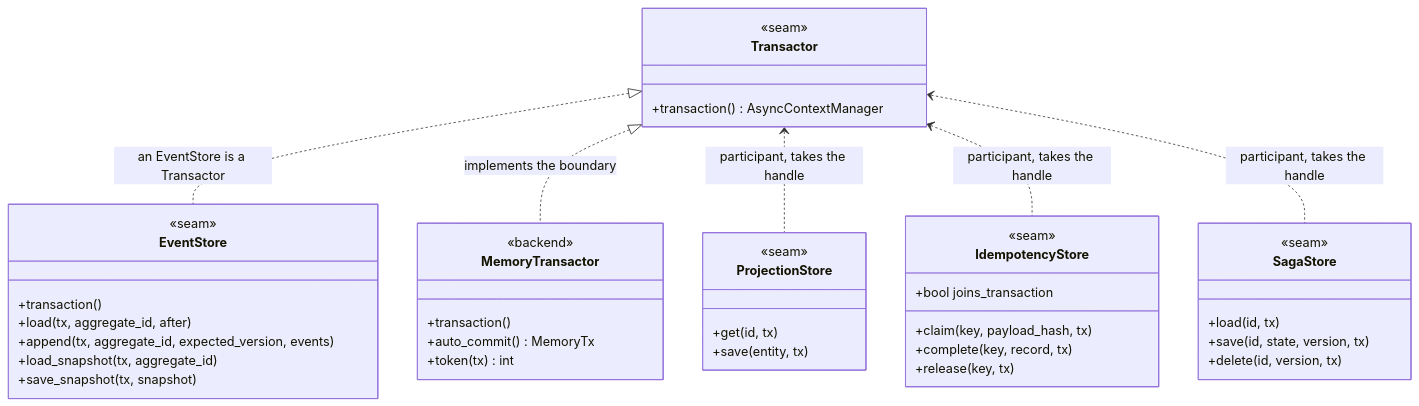
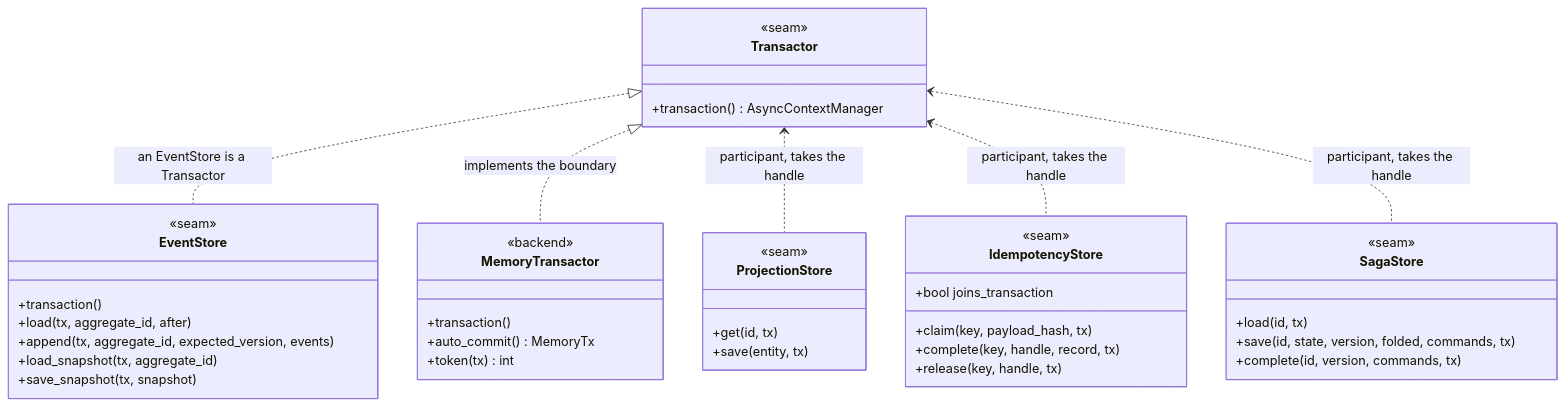
One commit to haskian/edax changed the first of 3 diagrams in docs/sdk/transactions.md. Above: the diagram before and after it, drawn with Mermaid. The commit also changed 44 other files, not shown here.

````diff
--- a/docs/sdk/transactions.md
+++ b/docs/sdk/transactions.md
@@ -12,45 +12,45 @@
 ```mermaid
 classDiagram
     class Transactor {
         <<seam>>
         +transaction() AsyncContextManager
     }
     class EventStore {
         <<seam>>
         +transaction()
         +load(tx, aggregate_id, after)
         +append(tx, aggregate_id, expected_version, events)
         +load_snapshot(tx, aggregate_id)
         +save_snapshot(tx, snapshot)
     }
     class ProjectionStore {
         <<seam>>
         +get(id, tx)
         +save(entity, tx)
     }
     class IdempotencyStore {
         <<seam>>
         +bool joins_transaction
         +claim(key, payload_hash, tx)
-        +complete(key, record, tx)
-        +release(key, tx)
+        +complete(key, handle, record, tx)
+        +release(key, handle, tx)
     }
     class SagaStore {
         <<seam>>
         +load(id, tx)
-        +save(id, state, version, tx)
-        +delete(id, version, tx)
+        +save(id, state, version, folded, commands, tx)
+        +complete(id, version, commands, tx)
     }
     class MemoryTransactor {
         <<backend>>
         +transaction()
         +auto_commit() MemoryTx
         +token(tx) int
     }
 
     Transactor <|.. EventStore : an EventStore is a Transactor
     Transactor <|.. MemoryTransactor : implements the boundary
     Transactor <.. ProjectionStore : participant, takes the handle
     Transactor <.. IdempotencyStore : participant, takes the handle
     Transactor <.. SagaStore : participant, takes the handle
 ```
````
